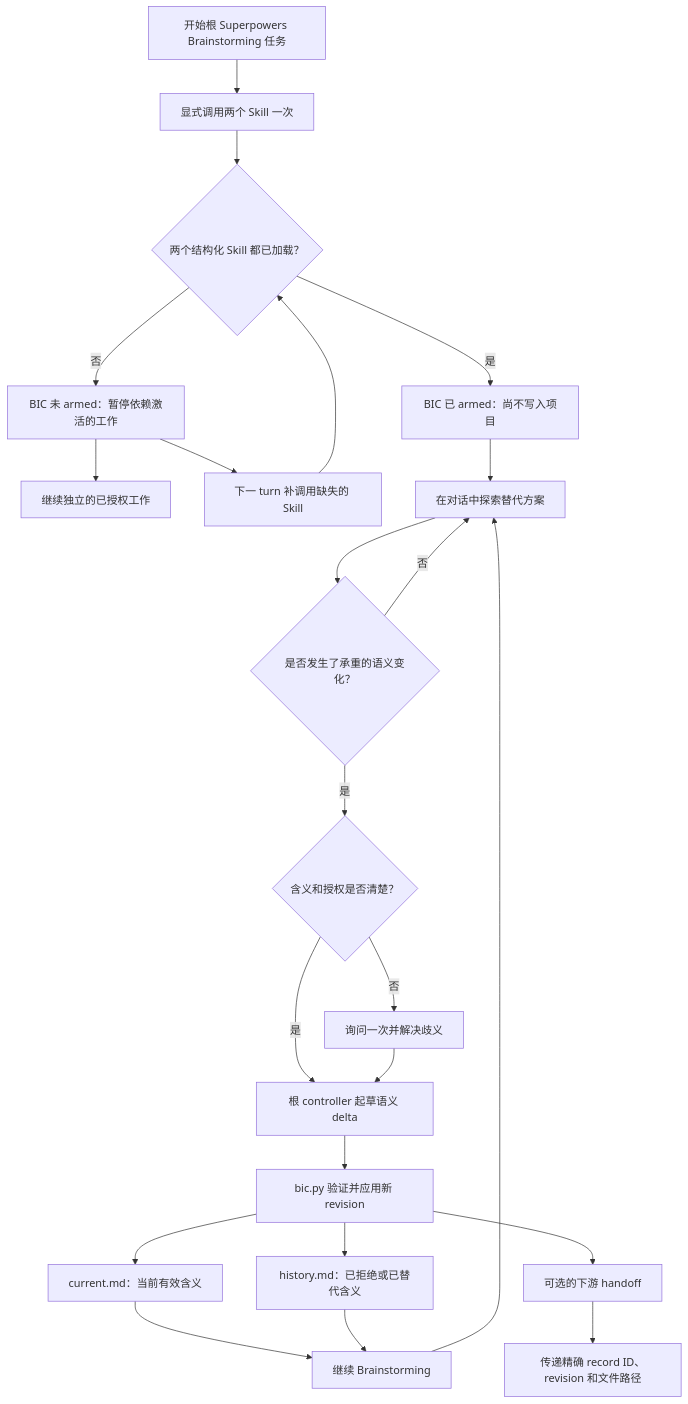
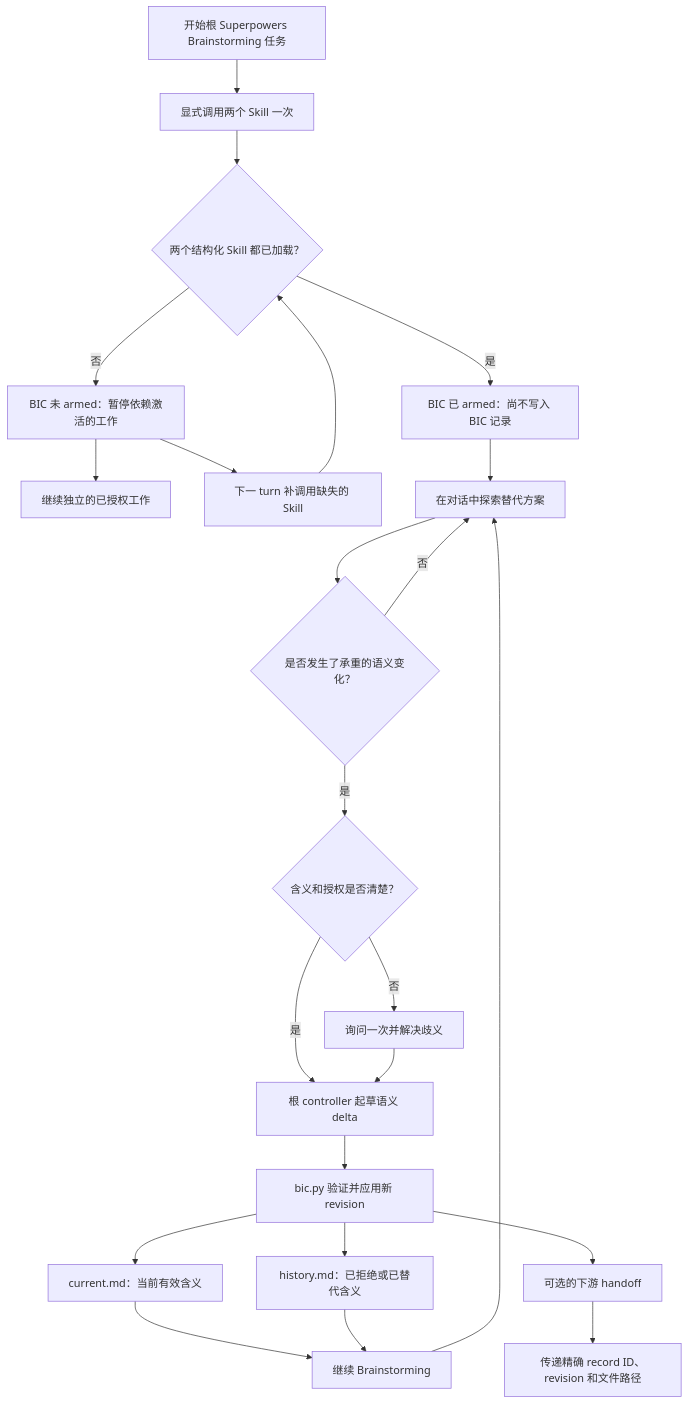
One commit to GentleJinqi/Brainstorming-Intent-Continuity changed the first of 3 diagrams in README.zh-CN.md. Above: the diagram before and after it, drawn with Mermaid. The commit also changed other lines of this file and 4 other files, not shown here.

````diff
--- a/README.zh-CN.md
+++ b/README.zh-CN.md
@@ -158,25 +158,25 @@
 ```mermaid
 flowchart TD
     A["开始根 Superpowers Brainstorming 任务"] --> B["显式调用两个 Skill 一次"]
     B --> C{"两个结构化 Skill 都已加载？"}
     C -->|"否"| C0["BIC 未 armed：暂停依赖激活的工作"]
     C0 --> C2["继续独立的已授权工作"]
     C0 --> C1["下一 turn 补调用缺失的 Skill"]
     C1 --> C
-    C -->|"是"| D["BIC 已 armed：尚不写入项目"]
+    C -->|"是"| D["BIC 已 armed：尚不写入 BIC 记录"]
     D --> E0["在对话中探索替代方案"]
     E0 --> E{"是否发生了承重的语义变化？"}
     E -->|"否"| E0
     E -->|"是"| F{"含义和授权是否清楚？"}
     F -->|"否"| G["询问一次并解决歧义"]
     F -->|"是"| H["根 controller 起草语义 delta"]
     G --> H
     H --> I["bic.py 验证并应用新 revision"]
     I --> J["current.md：当前有效含义"]
     I --> K["history.md：已拒绝或已替代含义"]
     J --> L["继续 Brainstorming"]
     K --> L
     L --> E0
     I --> M["可选的下游 handoff"]
     M --> N["传递精确 record ID、revision 和文件路径"]
 ```
````
